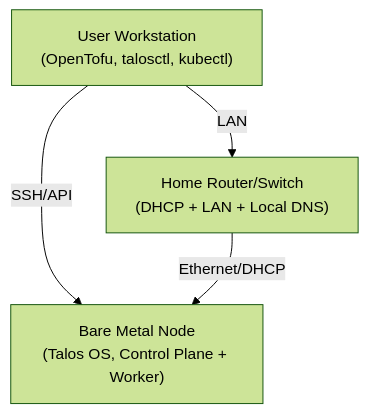
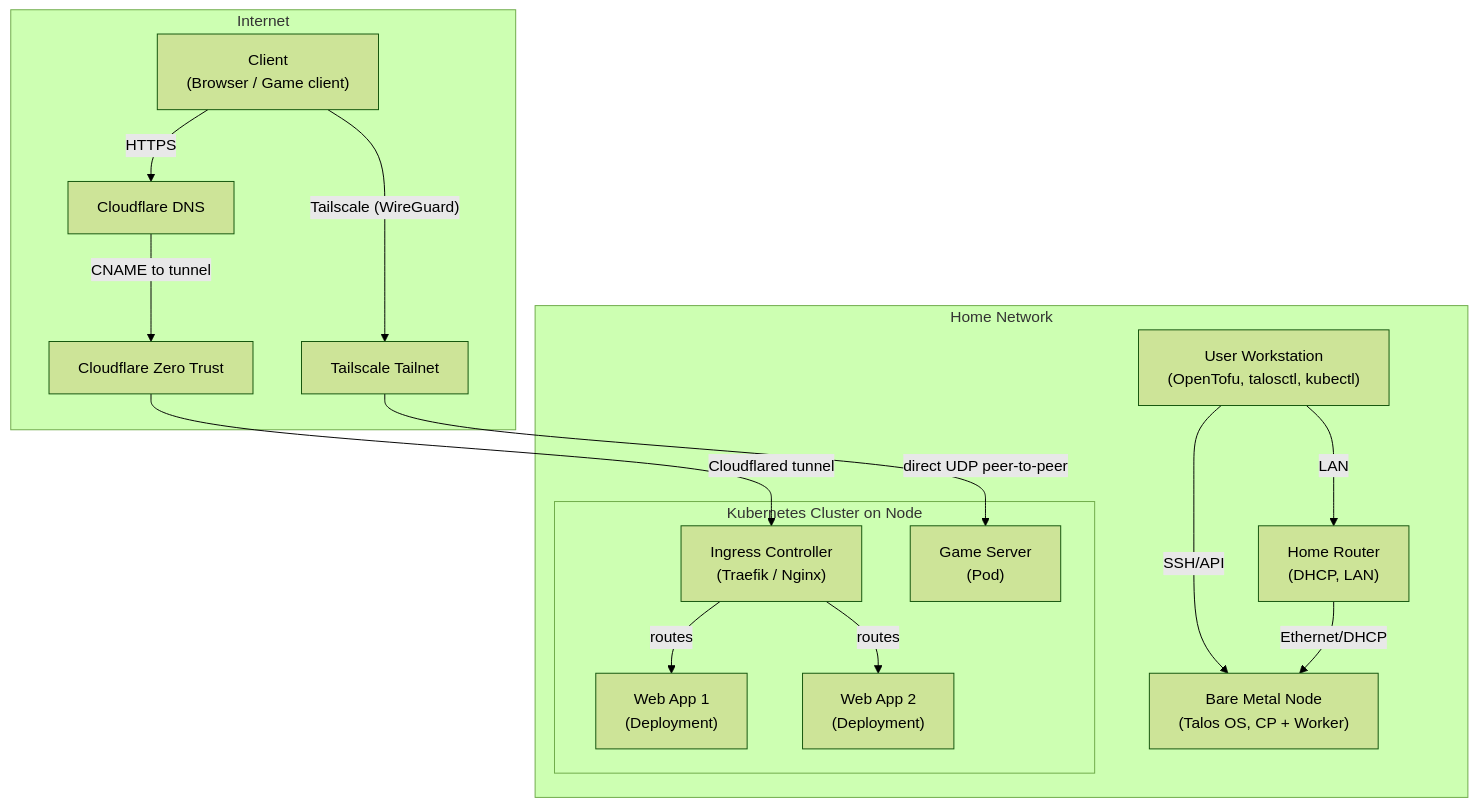
One commit to lancehampton/talos-homelab changed the diagram in README.md. Above: the diagram before and after it, drawn with Mermaid (forest theme). The commit also changed other lines of this file and 7 other files, not shown here.

First line of the commit message:
Add Tailscale and Cloudflare (#3)

````diff
--- a/README.md
+++ b/README.md
@@ -39,10 +39,38 @@
 ```mermaid
 graph TB
-	DEV["User Workstation<br/>(OpenTofu, talosctl, kubectl)"]
-	ROUTER["Home Router/Switch<br/>(DHCP + LAN + Local DNS)"]
-	NODE["Bare Metal Node<br/>(Talos OS, Control Plane + Worker)"]
+	subgraph Internet [Internet]
+			CLIENT["Client<br/>(Browser / Game client)"]
+			CFZT[Cloudflare Zero Trust]
+			CFNS[Cloudflare DNS]
+			TAILNET[Tailscale Tailnet]
+	end
 
+	subgraph "Home Network"
+			DEV["User Workstation<br/>(OpenTofu, talosctl, kubectl)"]
+			ROUTER["Home Router<br/>(DHCP, LAN)"]
+			NODE["Bare Metal Node<br/>(Talos OS, CP + Worker)"]
+
+			subgraph "Kubernetes Cluster on Node"
+					INGRESS["Ingress Controller<br/>(Traefik / Nginx)"]
+					APP1["Web App 1<br/>(Deployment)"]
+					APP2["Web App 2<br/>(Deployment)"]
+					GS["Game Server<br/>(Pod)"]
+			end
+	end
+
+	%% External reachability routes
+	CLIENT -- HTTPS --> CFNS
+	CFNS -- CNAME to tunnel --> CFZT
+	CFZT -- Cloudflared tunnel --> INGRESS
+	INGRESS -- routes --> APP1
+	INGRESS -- routes --> APP2
+
+	%% Game traffic: direct via Tailscale
+	CLIENT -- Tailscale (WireGuard) --> TAILNET
+	TAILNET -- direct UDP peer-to-peer --> GS
+
+	%% Local management routes
 	DEV -- SSH/API --> NODE
 	DEV -- LAN --> ROUTER
 	ROUTER -- Ethernet/DHCP --> NODE
 ```
````
